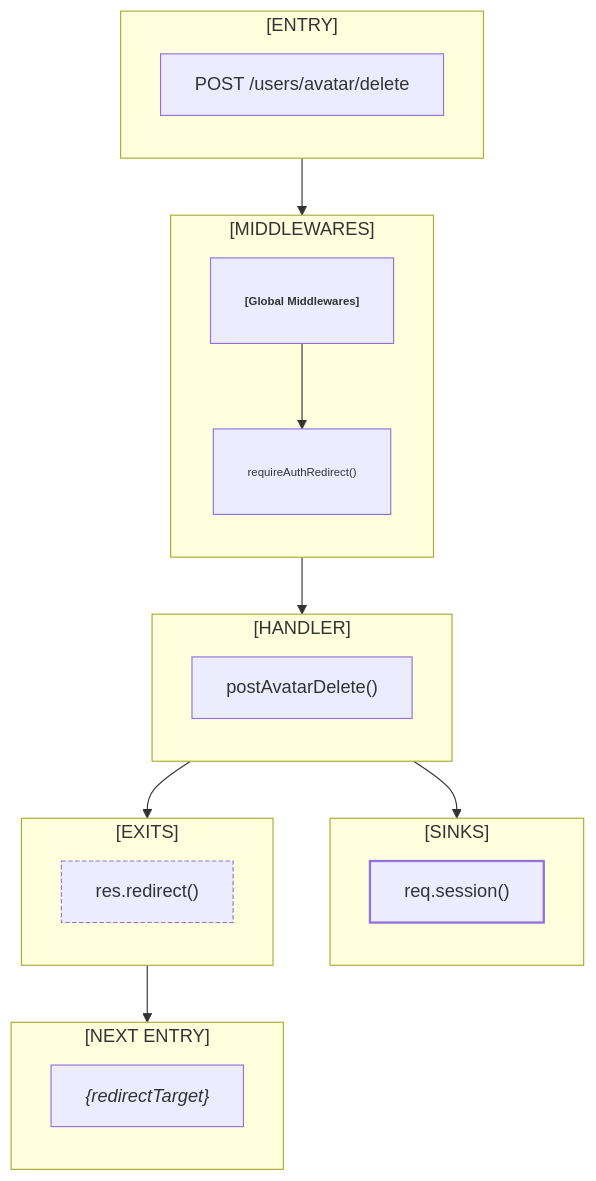
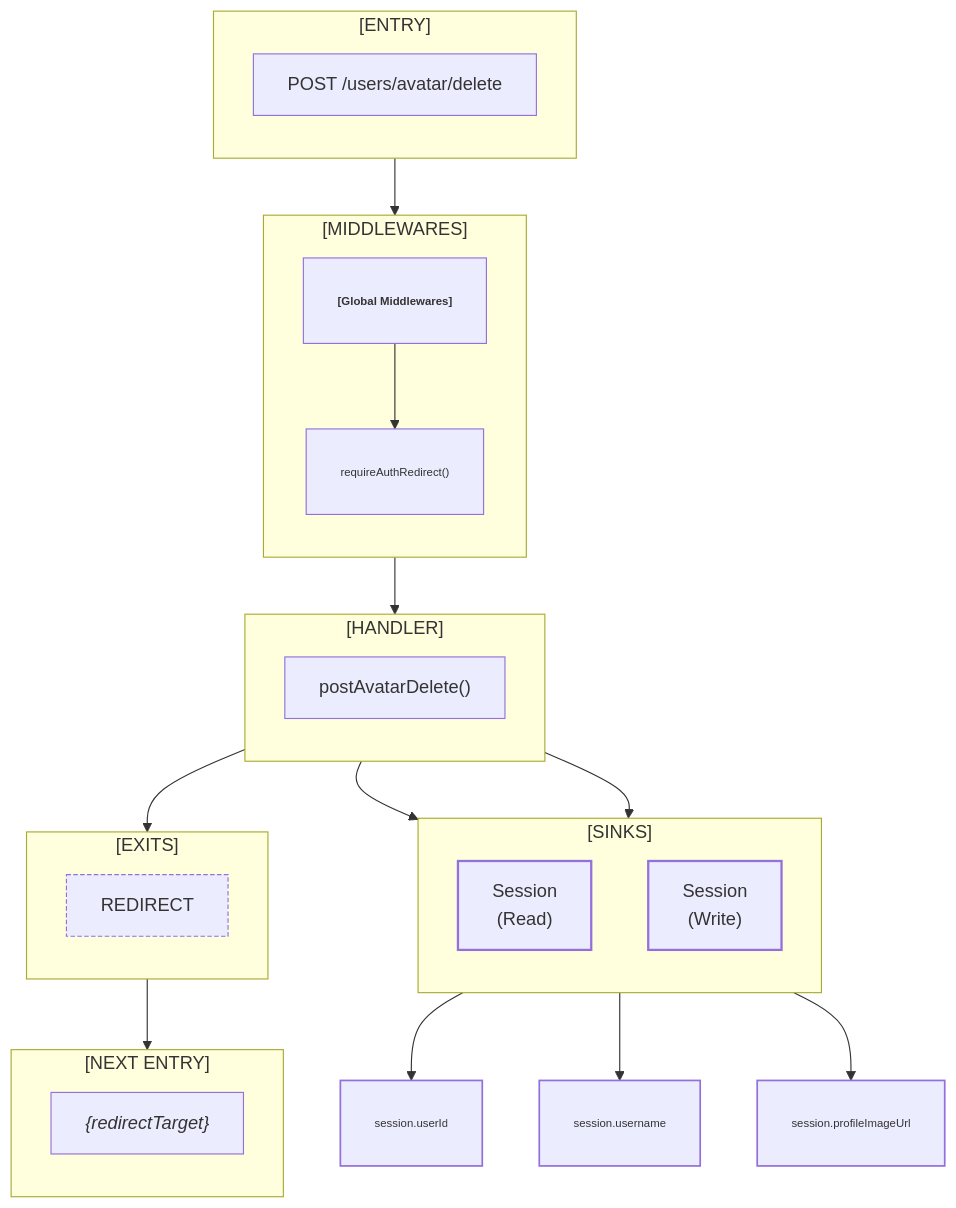
One commit to irondenker/my-code-my-kill changed the diagram in docs/flowmap/flows/POST__users_avatar_delete.mmd. Above: the diagram before and after it, drawn with Mermaid. The commit also changed 25 other files, not shown here.

Commit message:
📚 Docs: Update flowmap session key styles and redirect labels

```diff
--- a/docs/flowmap/flows/POST__users_avatar_delete.mmd
+++ b/docs/flowmap/flows/POST__users_avatar_delete.mmd
@@ -1,39 +1,54 @@
 flowchart TD
 subgraph ENTRY_BLOCK["[ENTRY]"]
 direction TB
 ENTRY["POST /users/avatar/delete"]
 end
 subgraph MIDDLEWARES["[MIDDLEWARES]"]
 direction TB
 MIDDLEWARE1["<b>[Global Middlewares]</b>"]
 MIDDLEWARE2["requireAuthRedirect()"]
 end
 ENTRY --> MIDDLEWARE1
 MIDDLEWARE1 --> MIDDLEWARE2
 subgraph HANDLER_BLOCK["[HANDLER]"]
 direction TB
 HANDLER["postAvatarDelete()"]
 end
 MIDDLEWARE2 --> HANDLER
 subgraph SINKS["[SINKS]"]
 direction TB
-SINK1["req.session()"]
+SINK1["Session<br/>(Read)"]
+SINK2["Session<br/>(Write)"]
 end
 HANDLER --> SINK1
+HANDLER --> SINK2
+SINK_READ_KEY1["session.userId"]
+SINK_READ_KEY2["session.username"]
+SINK1 --> SINK_READ_KEY1
+SINK1 --> SINK_READ_KEY2
+SINK_WRITE_KEY1["session.profileImageUrl"]
+SINK2 --> SINK_WRITE_KEY1
 subgraph EXITS["[EXITS]"]
 direction TB
-EXIT1["res.redirect()"]
+EXIT1["REDIRECT"]
 end
 HANDLER --> EXIT1
 subgraph NEXT_ENTRY["[NEXT ENTRY]"]
 direction TB
 NEXT_ENTRY1["<i>{redirectTarget}</i>"]
 end
 EXIT1 --> NEXT_ENTRY1
 classDef middleware font-size:10px,padding:2px,stroke-width:1;
 classDef diagnostics stroke-dasharray: 2 2;
 classDef sink stroke-width:2;
+classDef sessionKey font-size:10px,padding:2px;
+classDef flash stroke-dasharray: 5 3,stroke-width:1.5;
+classDef auth stroke-dasharray: 0,stroke-width:1.5;
+classDef other stroke:#6b7280;
 classDef exit stroke-dasharray: 4 2;
 class MIDDLEWARE1,MIDDLEWARE2 middleware;
-class SINK1 sink;
+class SINK1,SINK2 sink;
+class SINK_READ_KEY1,SINK_READ_KEY2 sessionKey;
+class SINK_WRITE_KEY1 sessionKey;
+class SINK_READ_KEY1,SINK_READ_KEY2,SINK_WRITE_KEY1 auth;
 class EXIT1 exit;
```
